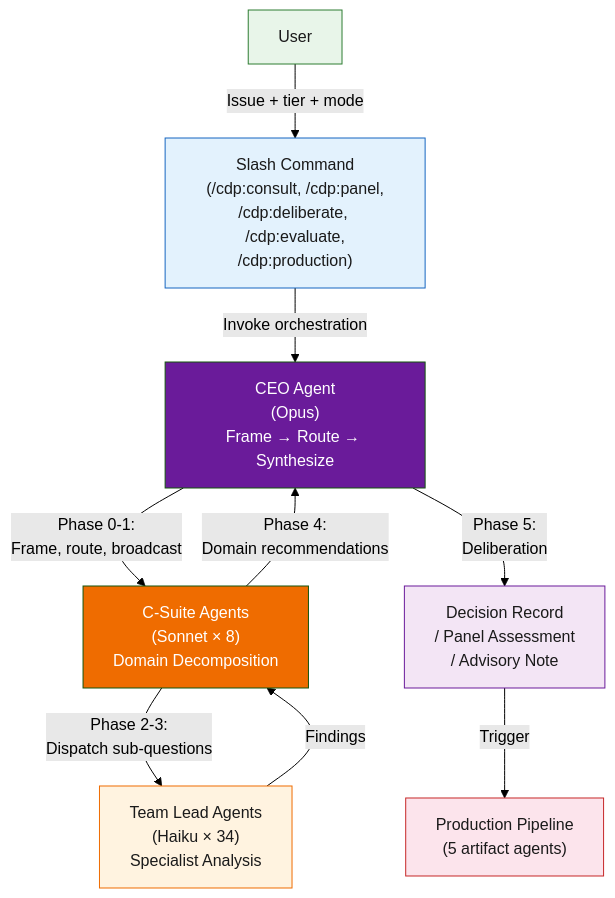
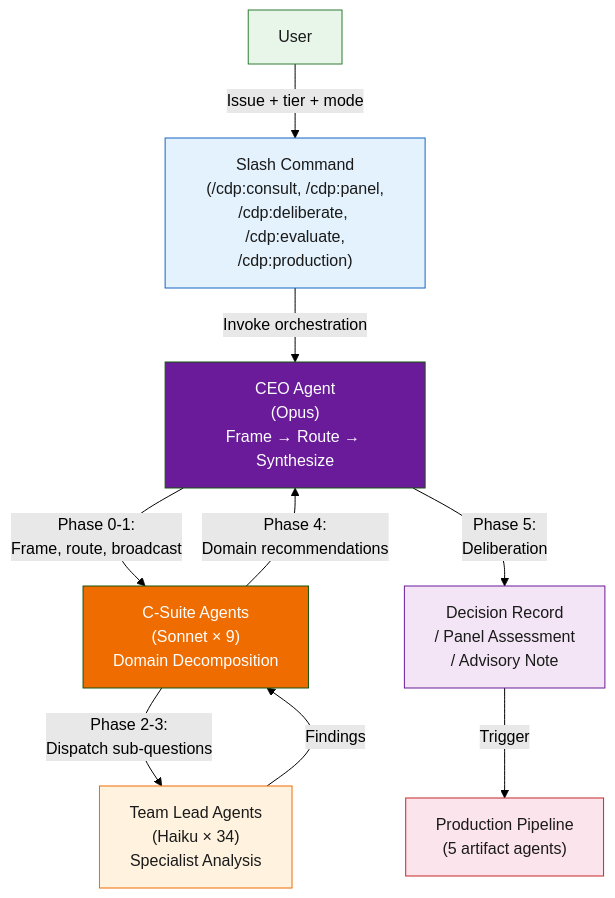
Before and after one commit to apatheticus/corporate-decision-panel: the first of 3 diagrams in docs/ARCHITECTURE.md, drawn with Mermaid (forest theme). The commit also changed other lines of this file and 57 other files, not shown here.

````diff
--- a/docs/ARCHITECTURE.md
+++ b/docs/ARCHITECTURE.md
@@ -50,27 +50,27 @@
 ```mermaid
 flowchart TD
     User["User"]
     CMD["Slash Command\n(/cdp:consult, /cdp:panel,\n/cdp:deliberate, /cdp:evaluate,\n/cdp:production)"]
     CEO["CEO Agent\n(Opus)\nFrame → Route → Synthesize"]
-    CS["C-Suite Agents\n(Sonnet × 8)\nDomain Decomposition"]
+    CS["C-Suite Agents\n(Sonnet × 9)\nDomain Decomposition"]
     TL["Team Lead Agents\n(Haiku × 34)\nSpecialist Analysis"]
     DR["Decision Record\n/ Panel Assessment\n/ Advisory Note"]
     PROD["Production Pipeline\n(5 artifact agents)"]
 
     User -->|"Issue + tier + mode"| CMD
     CMD -->|"Invoke orchestration"| CEO
     CEO -->|"Phase 0-1:\nFrame, route, broadcast"| CS
     CS -->|"Phase 2-3:\nDispatch sub-questions"| TL
     TL -->|"Findings"| CS
     CS -->|"Phase 4:\nDomain recommendations"| CEO
     CEO -->|"Phase 5:\nDeliberation"| DR
     DR -->|"Trigger"| PROD
 
     style User fill:#e8f5e9,stroke:#2e7d32,color:#1a1a1a
     style CMD fill:#e3f2fd,stroke:#1565c0,color:#1a1a1a
     style CEO fill:#6a1b9a,color:#fff
     style CS fill:#ef6c00,color:#fff
     style TL fill:#fff3e0,stroke:#ef6c00,color:#1a1a1a
     style DR fill:#f3e5f5,stroke:#6a1b9a,color:#1a1a1a
     style PROD fill:#fce4ec,stroke:#c62828,color:#1a1a1a
 ```
````
